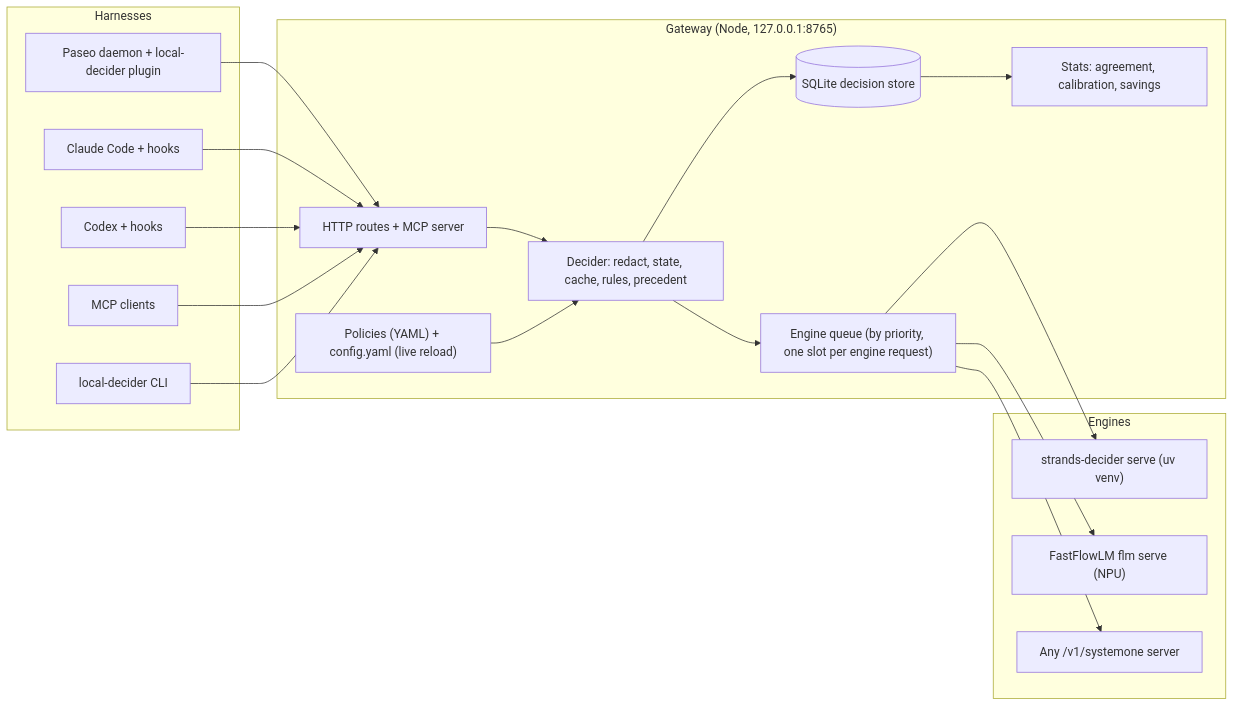
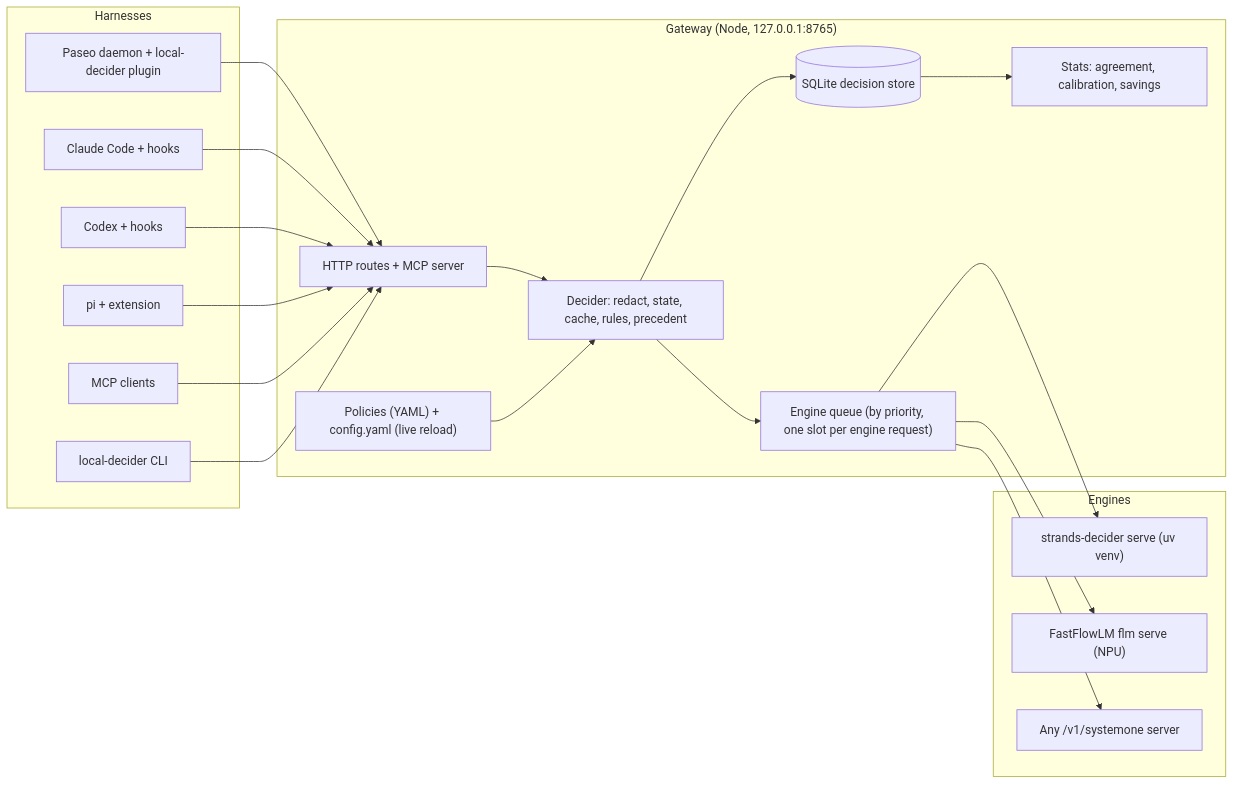
Before and after one commit to ziptie-soft/local-decider: the first of 4 diagrams in docs/architecture.md, drawn with Mermaid. The commit also changed other lines of this file and 53 other files, not shown here.

````diff
--- a/docs/architecture.md
+++ b/docs/architecture.md
@@ -9,36 +9,38 @@
 ```mermaid
 flowchart LR
   subgraph Harnesses
     PA["Paseo daemon + local-decider plugin"]
     CC["Claude Code + hooks"]
     CX["Codex + hooks"]
+    PI["pi + extension"]
     MC["MCP clients"]
     CLI["local-decider CLI"]
   end
   subgraph Gateway["Gateway (Node, 127.0.0.1:8765)"]
     HTTP["HTTP routes + MCP server"]
     DEC["Decider: redact, state, cache, rules, precedent"]
     POL["Policies (YAML) + config.yaml (live reload)"]
     Q["Engine queue (by priority, one slot per engine request)"]
     LOG[("SQLite decision store")]
     ST["Stats: agreement, calibration, savings"]
   end
   subgraph Engines
     SD["strands-decider serve (uv venv)"]
     FL["FastFlowLM flm serve (NPU)"]
     RM["Any /v1/systemone server"]
   end
   PA --> HTTP
   CC --> HTTP
   CX --> HTTP
+  PI --> HTTP
   MC --> HTTP
   CLI --> HTTP
   HTTP --> DEC
   POL --> DEC
   DEC --> Q
   Q --> SD
   Q --> FL
   Q --> RM
   DEC --> LOG
   LOG --> ST
 ```
````
